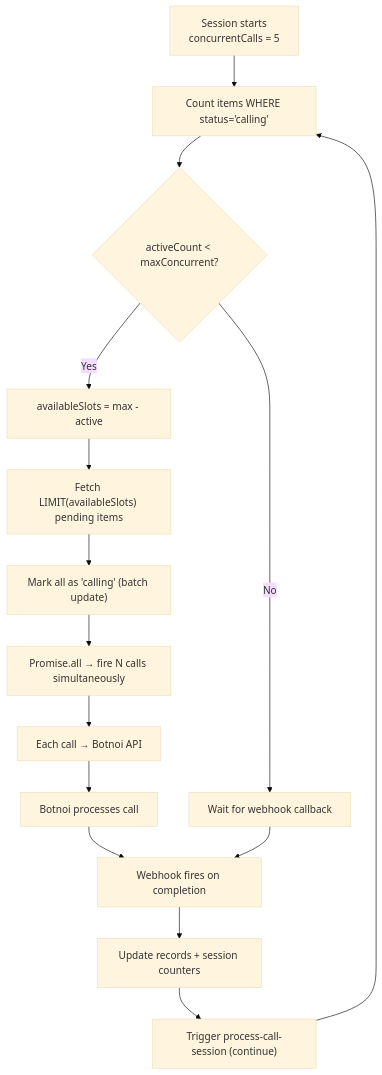
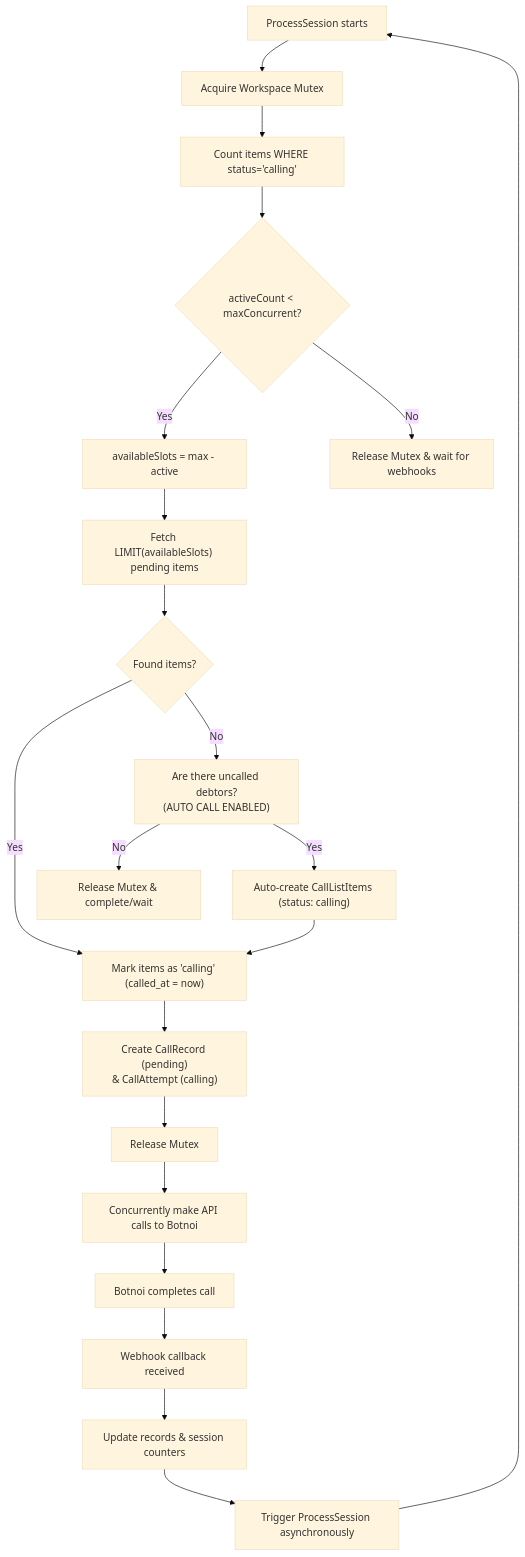
The fourth of 8 diagrams in FLOW.md (natchanonsarasang/KKP-Backend), drawn with Mermaid (base theme) before and after one commit. The commit also changed other lines of this file, not shown here.

Commit message:
feat: add flow documentations

````diff
--- a/FLOW.md
+++ b/FLOW.md
@@ -313,17 +306,23 @@
 ```mermaid
 flowchart TD
-    A["Session starts<br/>concurrentCalls = 5"] --> B["Count items WHERE status='calling'"]
-    B --> C{"activeCount < maxConcurrent?"}
-    C -- "Yes" --> D["availableSlots = max - active"]
-    C -- "No" --> E["Wait for webhook callback"]
-    D --> F["Fetch LIMIT(availableSlots) pending items"]
-    F --> G["Mark all as 'calling' (batch update)"]
-    G --> H["Promise.all → fire N calls simultaneously"]
-    H --> I["Each call → Botnoi API"]
-    I --> J["Botnoi processes call"]
-    J --> K["Webhook fires on completion"]
-    K --> L["Update records + session counters"]
-    L --> M["Trigger process-call-session (continue)"]
-    M --> B
-    E --> K
+    A["ProcessSession starts"] --> B["Acquire Workspace Mutex"]
+    B --> C["Count items WHERE status='calling'"]
+    C --> D{"activeCount < maxConcurrent?"}
+    D -- "Yes" --> E["availableSlots = max - active"]
+    D -- "No" --> F["Release Mutex & wait for webhooks"]
+    E --> G["Fetch LIMIT(availableSlots) pending items"]
+    G --> H{"Found items?"}
+    H -- "No" --> I["Are there uncalled debtors?<br/>(AUTO CALL ENABLED)"]
+    H -- "Yes" --> K["Mark items as 'calling' (called_at = now)"]
+    I -- "Yes" --> J["Auto-create CallListItems (status: calling)"]
+    I -- "No" --> L["Release Mutex & complete/wait"]
+    J --> K
+    K --> M["Create CallRecord (pending)<br/>& CallAttempt (calling)"]
+    M --> N["Release Mutex"]
+    N --> O["Concurrently make API calls to Botnoi"]
+    O --> P["Botnoi completes call"]
+    P --> Q["Webhook callback received"]
+    Q --> R["Update records & session counters"]
+    R --> S["Trigger ProcessSession asynchronously"]
+    S --> A
 ```
````
